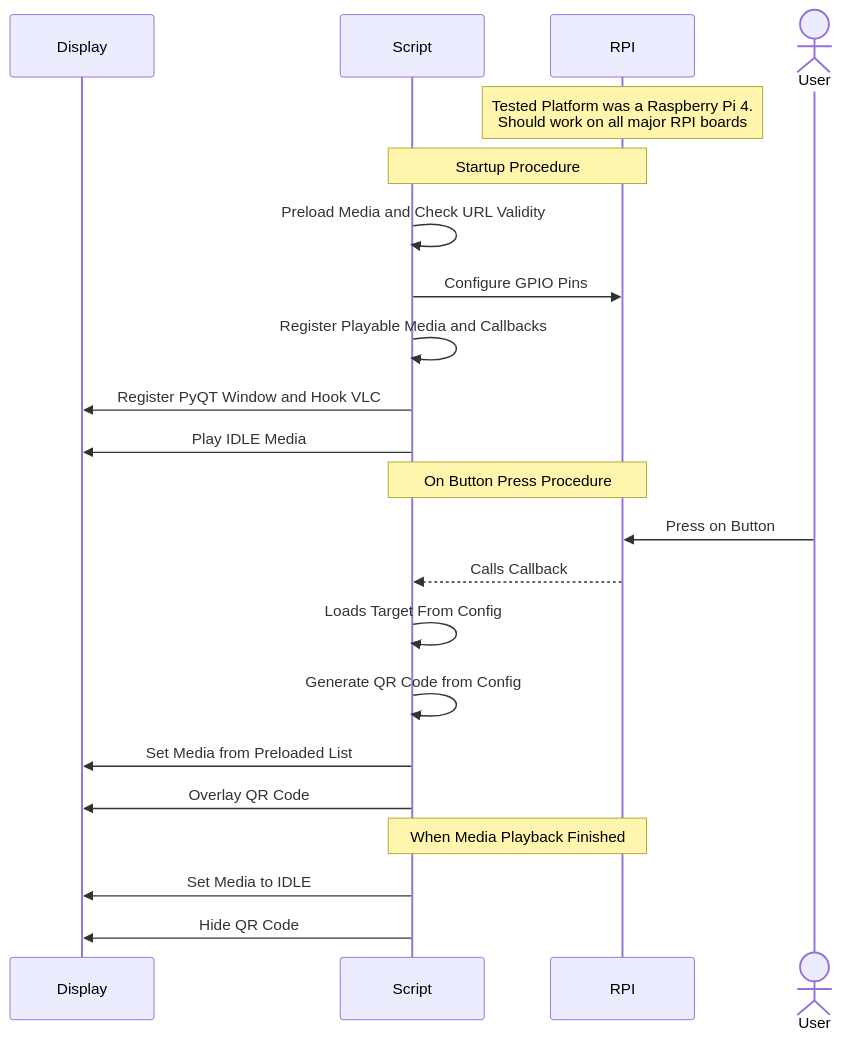
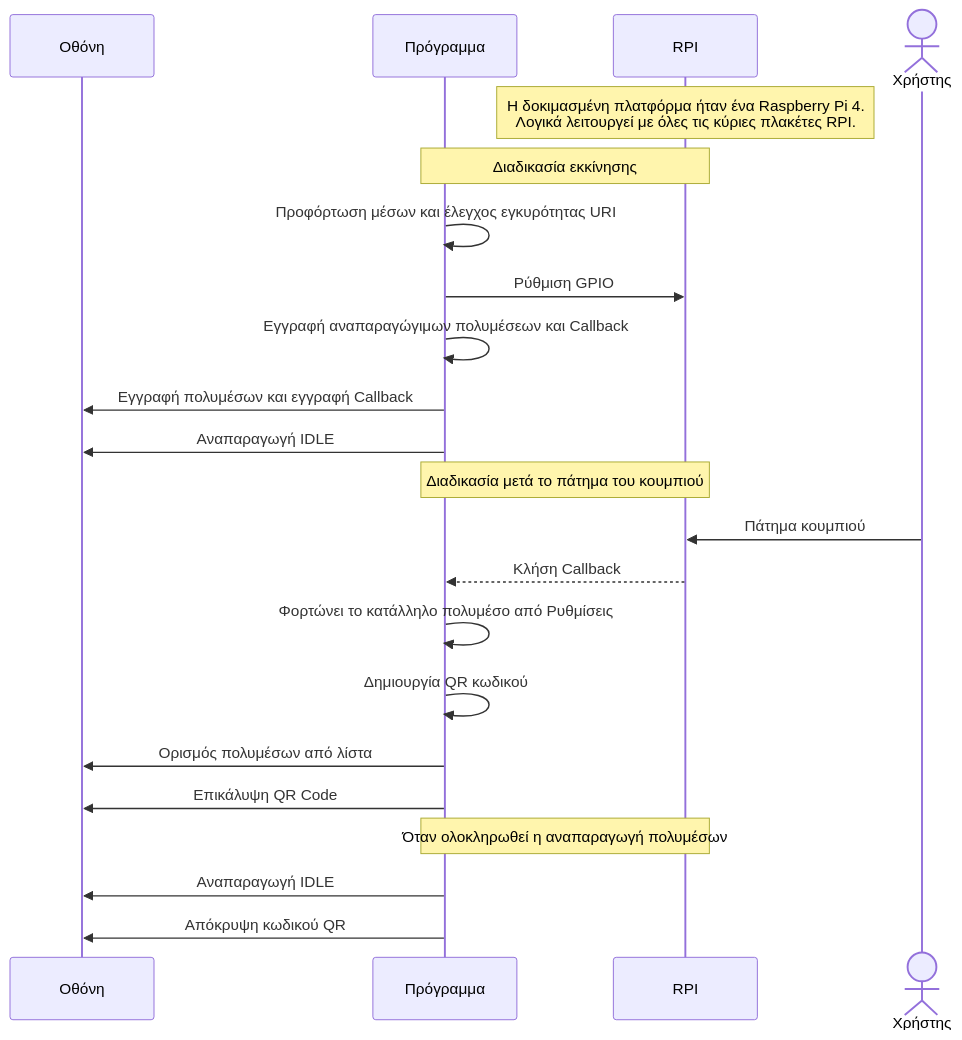
One commit to 4th-High-School-of-Trikala/4peirlyk-vlc changed the diagram in README.md. Above: the diagram before and after it, drawn with Mermaid. The commit also changed other lines of this file, not shown here.

````diff
--- a/README.md
+++ b/README.md
@@ -23,29 +22,29 @@
 ```mermaid
 sequenceDiagram
-  participant Display
-  participant Script
+  participant Οθόνη
+  participant Πρόγραμμα
   participant RPI
-  actor User
+  actor Χρήστης
 
-  Note over RPI: Tested Platform was a Raspberry Pi 4.<br/>Should work on all major RPI boards
-  Note over Script,RPI: Startup Procedure
-  Script ->> Script: Preload Media and Check URL Validity
+  Note over RPI: Η δοκιμασμένη πλατφόρμα ήταν ένα Raspberry Pi 4.<br/>Λογικά λειτουργεί με όλες τις κύριες πλακέτες RPI.
+  Note over Πρόγραμμα,RPI: Διαδικασία εκκίνησης
+  Πρόγραμμα ->> Πρόγραμμα: Προφόρτωση μέσων και έλεγχος εγκυρότητας URI
 
-  Script ->> RPI: Configure GPIO Pins
-  Script ->> Script: Register Playable Media and Callbacks
+  Πρόγραμμα ->> RPI: Ρύθμιση GPIO
+  Πρόγραμμα ->> Πρόγραμμα: Εγγραφή αναπαραγώγιμων πολυμέσεων και Callback
 
-  Script ->> Display: Register PyQT Window and Hook VLC
-  Script ->> Display: Play IDLE Media
+  Πρόγραμμα ->> Οθόνη: Εγγραφή πολυμέσων και εγγραφή Callback
+  Πρόγραμμα ->> Οθόνη: Αναπαραγωγή IDLE
 
-  Note over Script,RPI: On Button Press Procedure
-  User ->> RPI: Press on Button
-  RPI -->> Script: Calls Callback
-  Script ->> Script: Loads Target From Config
-  Script ->> Script: Generate QR Code from Config
-  Script ->> Display: Set Media from Preloaded List
-  Script ->> Display: Overlay QR Code
+  Note over Πρόγραμμα,RPI: Διαδικασία μετά το πάτημα του κουμπιού
+  Χρήστης ->> RPI: Πάτημα κουμπιού
+  RPI -->> Πρόγραμμα: Κλήση Callback
+  Πρόγραμμα ->> Πρόγραμμα: Φορτώνει το κατάλληλο πολυμέσο από Ρυθμίσεις
+  Πρόγραμμα ->> Πρόγραμμα: Δημιουργία QR κωδικού
+  Πρόγραμμα ->> Οθόνη: Ορισμός πολυμέσων από λίστα
+  Πρόγραμμα ->> Οθόνη: Επικάλυψη QR Code
 
-  Note over Script,RPI: When Media Playback Finished
-  Script ->> Display: Set Media to IDLE
-  Script ->> Display: Hide QR Code
+  Note over Πρόγραμμα,RPI: Όταν ολοκληρωθεί η αναπαραγωγή πολυμέσων
+  Πρόγραμμα ->> Οθόνη: Αναπαραγωγή IDLE
+  Πρόγραμμα ->> Οθόνη: Απόκρυψη κωδικού QR
 ```
````
